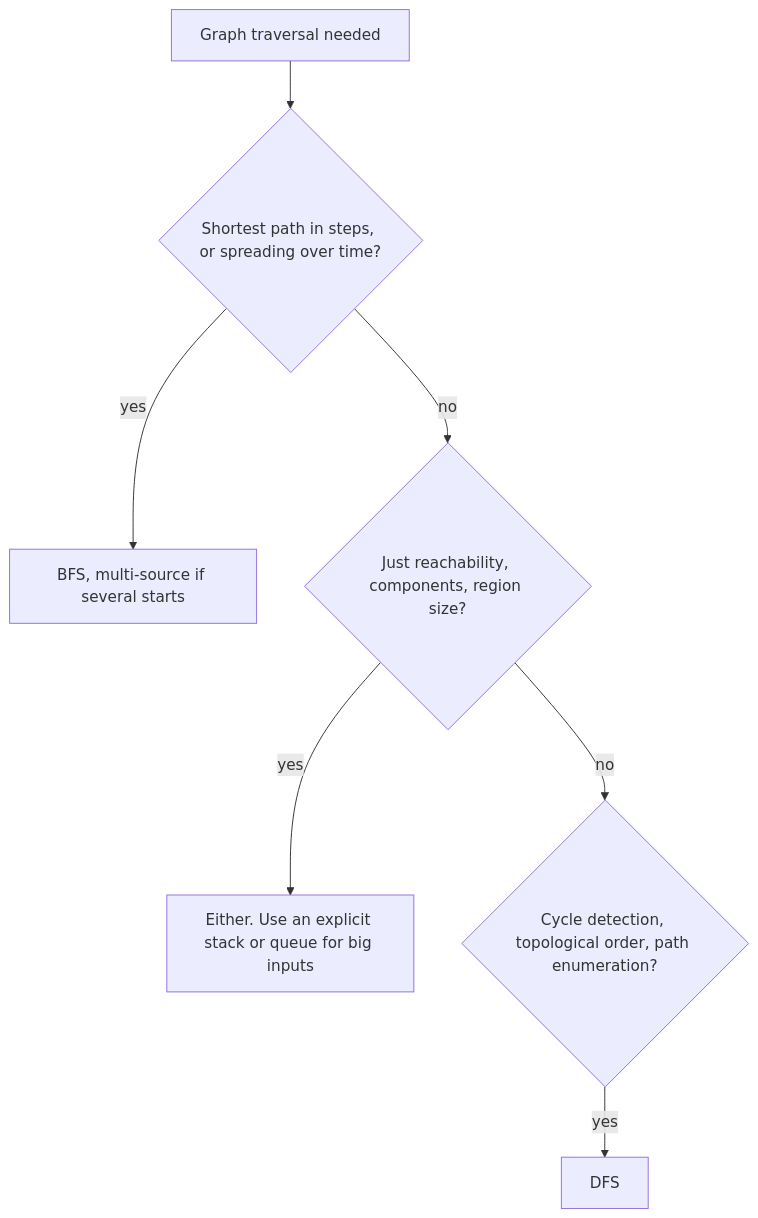
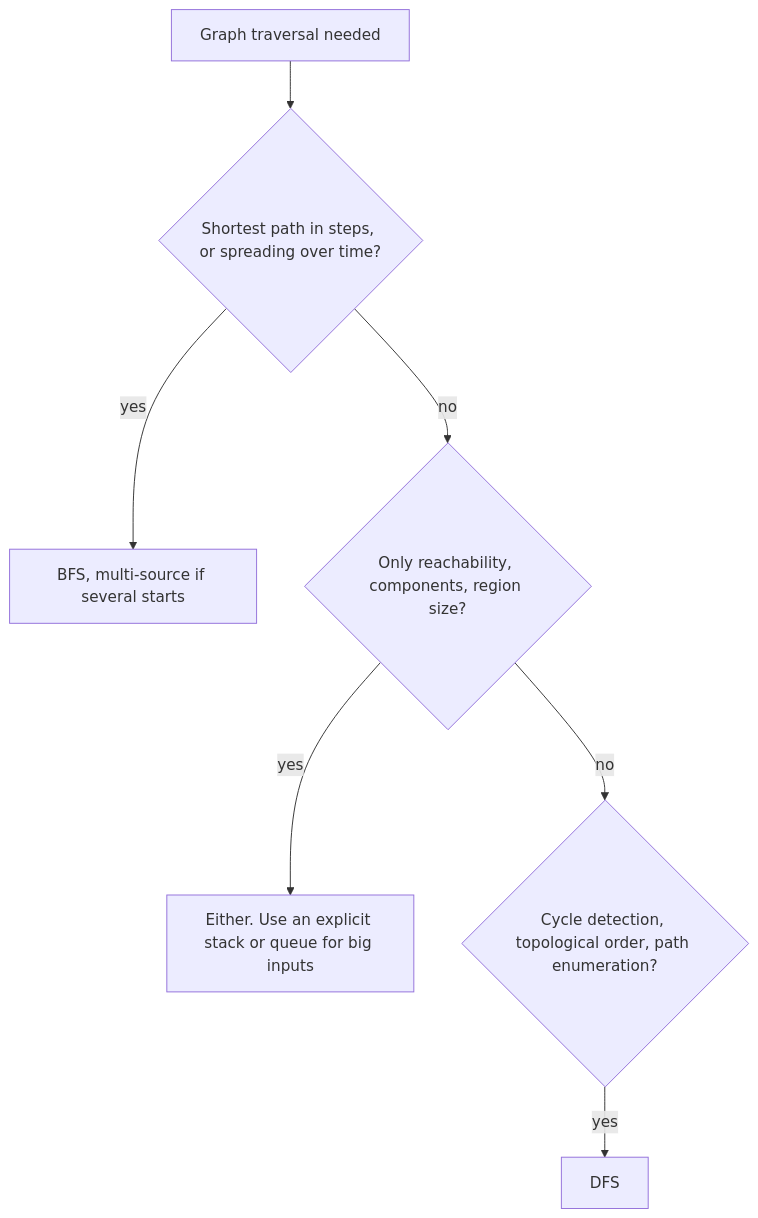
One commit to alvinnew100/grand-line-study-guide changed the fourth of 4 diagrams in docs/data/lessons/neet-heap-graphs/06-dfs-bfs.md. Above: the diagram before and after it, drawn with Mermaid. The commit also changed other lines of this file and 26 other files, not shown here.

Commit message:
Heaps/backtracking/graphs track: 23 more problems and beginner-first lessons

````diff
--- a/docs/data/lessons/neet-heap-graphs/06-dfs-bfs.md
+++ b/docs/data/lessons/neet-heap-graphs/06-dfs-bfs.md
@@ -447,9 +466,9 @@
 ```mermaid
 flowchart TD
     Q[Graph traversal needed] --> A{Shortest path in steps, or spreading over time?}
     A -->|yes| BFS[BFS, multi-source if several starts]
-    A -->|no| B{Just reachability, components, region size?}
+    A -->|no| B{Only reachability, components, region size?}
     B -->|yes| EITHER[Either. Use an explicit stack or queue for big inputs]
     B -->|no| C{Cycle detection, topological order, path enumeration?}
     C -->|yes| DFS[DFS]
 ```
````
